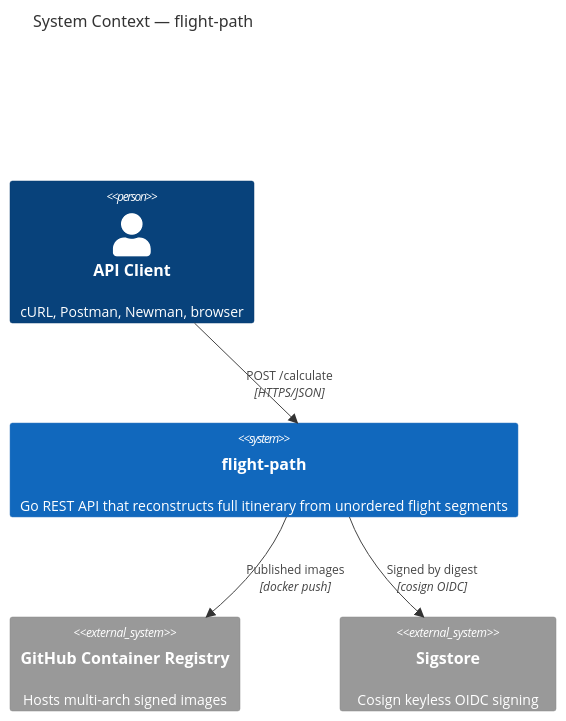
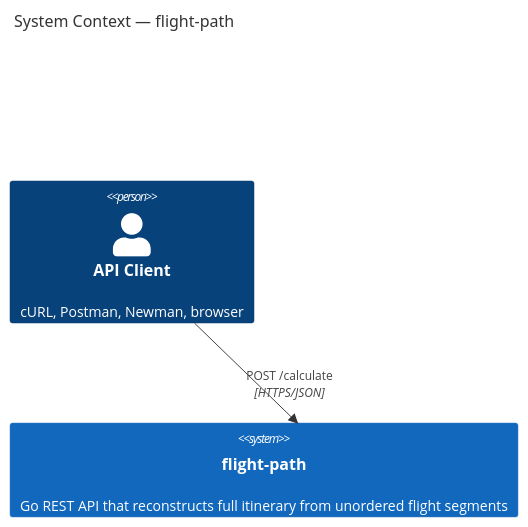
Before and after one commit to AndriyKalashnykov/flight-path: the first of 2 diagrams in README.md, drawn with Mermaid. The commit also changed other lines of this file and 9 other files, not shown here.

````diff
--- a/README.md
+++ b/README.md
@@ -12,13 +12,7 @@
 ```mermaid
 C4Context
     title System Context — flight-path
     Person(client, "API Client", "cURL, Postman, Newman, browser")
     System(flightpath, "flight-path", "Go REST API that reconstructs full itinerary from unordered flight segments")
-    System_Ext(ghcr, "GitHub Container Registry", "Hosts multi-arch signed images")
-    System_Ext(sigstore, "Sigstore", "Cosign keyless OIDC signing")
     Rel(client, flightpath, "POST /calculate", "HTTPS/JSON")
-    Rel(flightpath, ghcr, "Published images", "docker push")
-    Rel(flightpath, sigstore, "Signed by digest", "cosign OIDC")
-
-    UpdateLayoutConfig($c4ShapeInRow="3")
 ```
````
